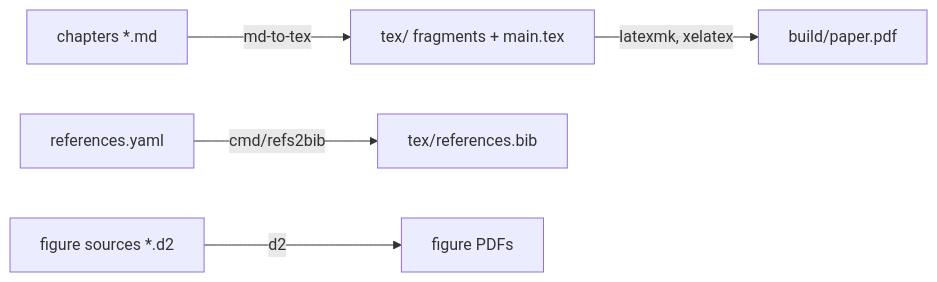
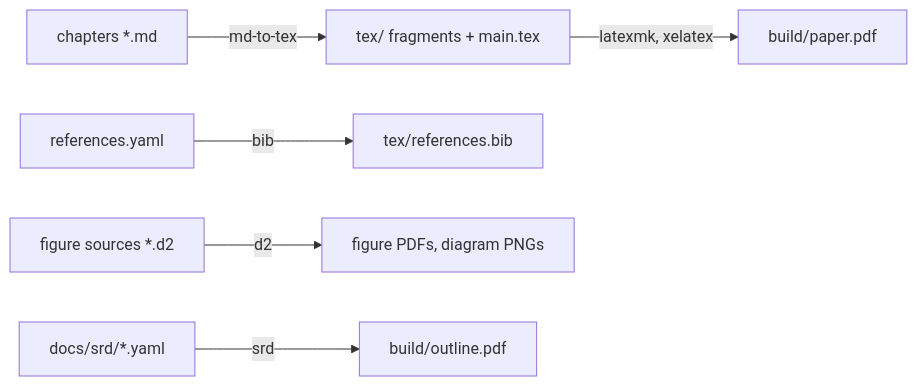
The diagram in README.md (petar-djukic/paperkit), drawn with Mermaid before and after one commit. The commit also changed other lines of this file and 19 other files, not shown here.

````diff
--- a/README.md
+++ b/README.md
@@ -7,7 +7,8 @@
 ```mermaid
 flowchart LR
     MD[chapters *.md] -->|md-to-tex| TEX[tex/ fragments + main.tex]
     TEX -->|latexmk, xelatex| PDF[build/paper.pdf]
-    REFS[references.yaml] -->|cmd/refs2bib| BIB[tex/references.bib]
-    D2[figure sources *.d2] -->|d2| FIGS[figure PDFs]
+    REFS[references.yaml] -->|bib| BIB[tex/references.bib]
+    D2[figure sources *.d2] -->|d2| FIGS[figure PDFs, diagram PNGs]
+    SRD[docs/srd/*.yaml] -->|srd| OUT[build/outline.pdf]
 ```
````
